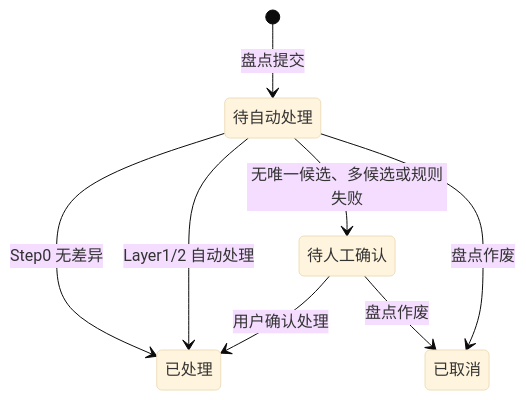
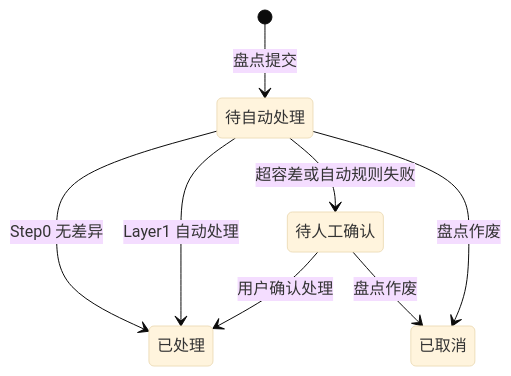
The second of 2 diagrams in prds/inventory/02-盘点差异自动处理规则.md (91Dhua/Vaccine), drawn with Mermaid (base theme) before and after one commit. The commit also changed other lines of this file and 1 other file, not shown here.

````diff
--- a/prds/inventory/02-盘点差异自动处理规则.md
+++ b/prds/inventory/02-盘点差异自动处理规则.md
@@ -438,10 +403,10 @@
 ```mermaid
 stateDiagram-v2
   [*] --> 待自动处理: 盘点提交
   待自动处理 --> 已处理: Step0 无差异
-  待自动处理 --> 已处理: Layer1/2 自动处理
-  待自动处理 --> 待人工确认: 无唯一候选、多候选或规则失败
+  待自动处理 --> 已处理: Layer1 自动处理
+  待自动处理 --> 待人工确认: 超容差或自动规则失败
   待人工确认 --> 已处理: 用户确认处理
   待自动处理 --> 已取消: 盘点作废
   待人工确认 --> 已取消: 盘点作废
 ```
````
